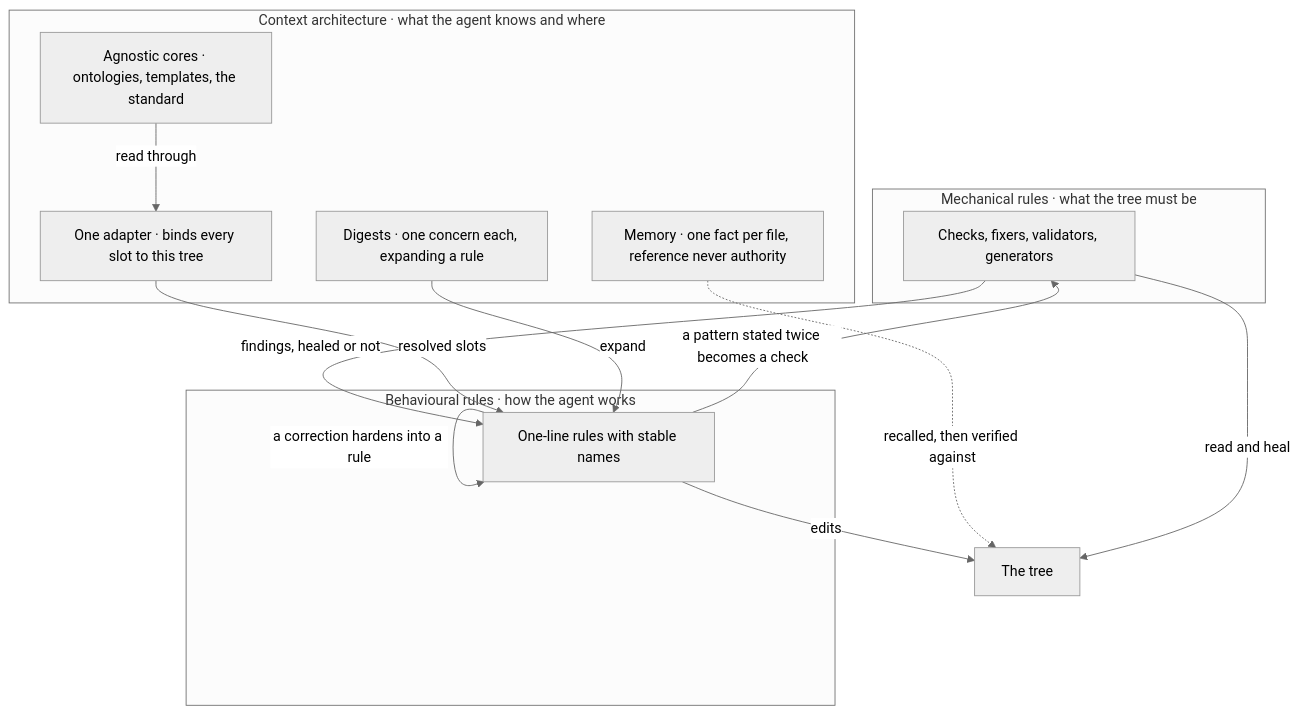
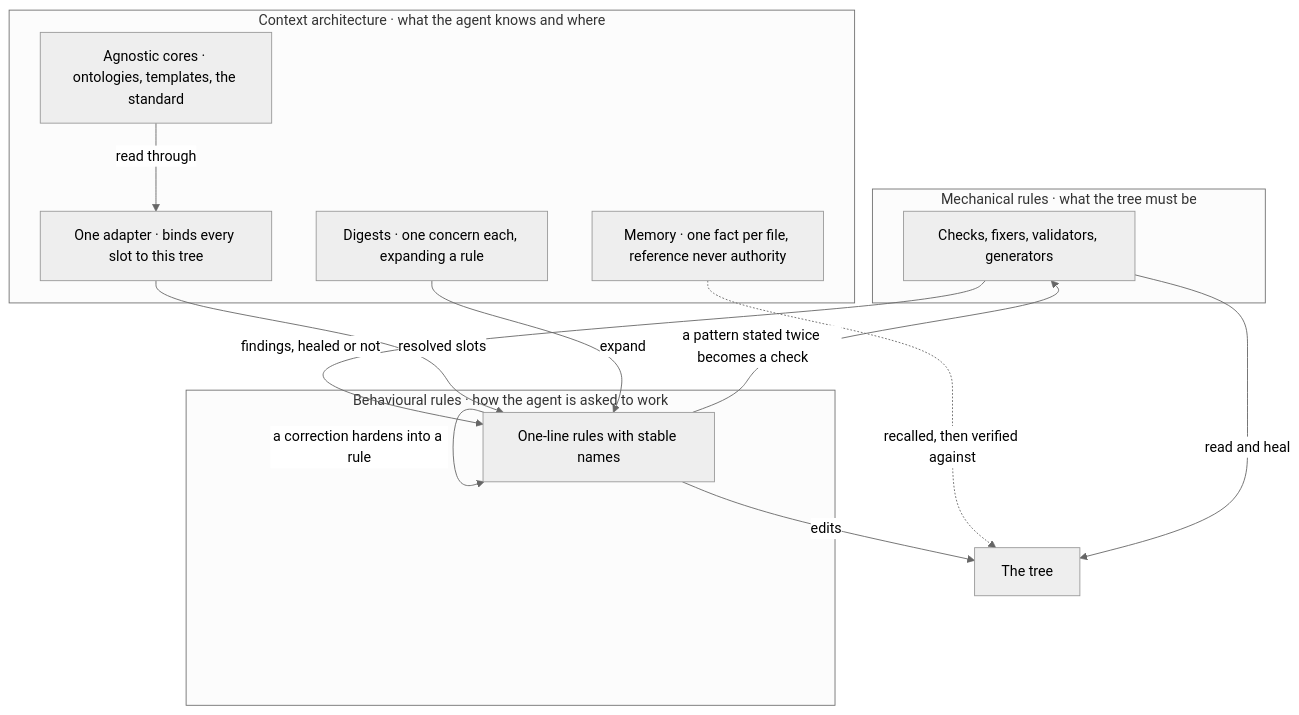
One commit to Varietyz/Disciplined-AI-Software-Development changed the seventh of 15 diagrams in START.md. Above: the diagram before and after it, drawn with Mermaid (neutral theme). The commit also changed other lines of this file and 25 other files, not shown here.

````diff
--- a/START.md
+++ b/START.md
@@ -263,25 +245,25 @@
 ```mermaid
 flowchart TB
 subgraph mechanical["Mechanical rules · what the tree must be"]
 checks["Checks, fixers, validators, generators"]
 end
-subgraph behavioural["Behavioural rules · how the agent works"]
+subgraph behavioural["Behavioural rules · how the agent is asked to work"]
 policy["One-line rules with stable names"]
 end
 subgraph context["Context architecture · what the agent knows and where"]
 cores["Agnostic cores · ontologies, templates, the standard"]
 adapter["One adapter · binds every slot to this tree"]
 digests["Digests · one concern each, expanding a rule"]
 memory["Memory · one fact per file, reference never authority"]
 end
 tree["The tree"]
 checks -- findings, healed or not --> policy
 policy -- a correction hardens into a rule --> policy
 policy -- a pattern stated twice becomes a check --> checks
 cores -- read through --> adapter
 adapter -- resolved slots --> policy
 digests -- expand --> policy
 memory -. recalled, then verified against .-> tree
 checks -- read and heal --> tree
 policy -- edits --> tree
 ```
````
